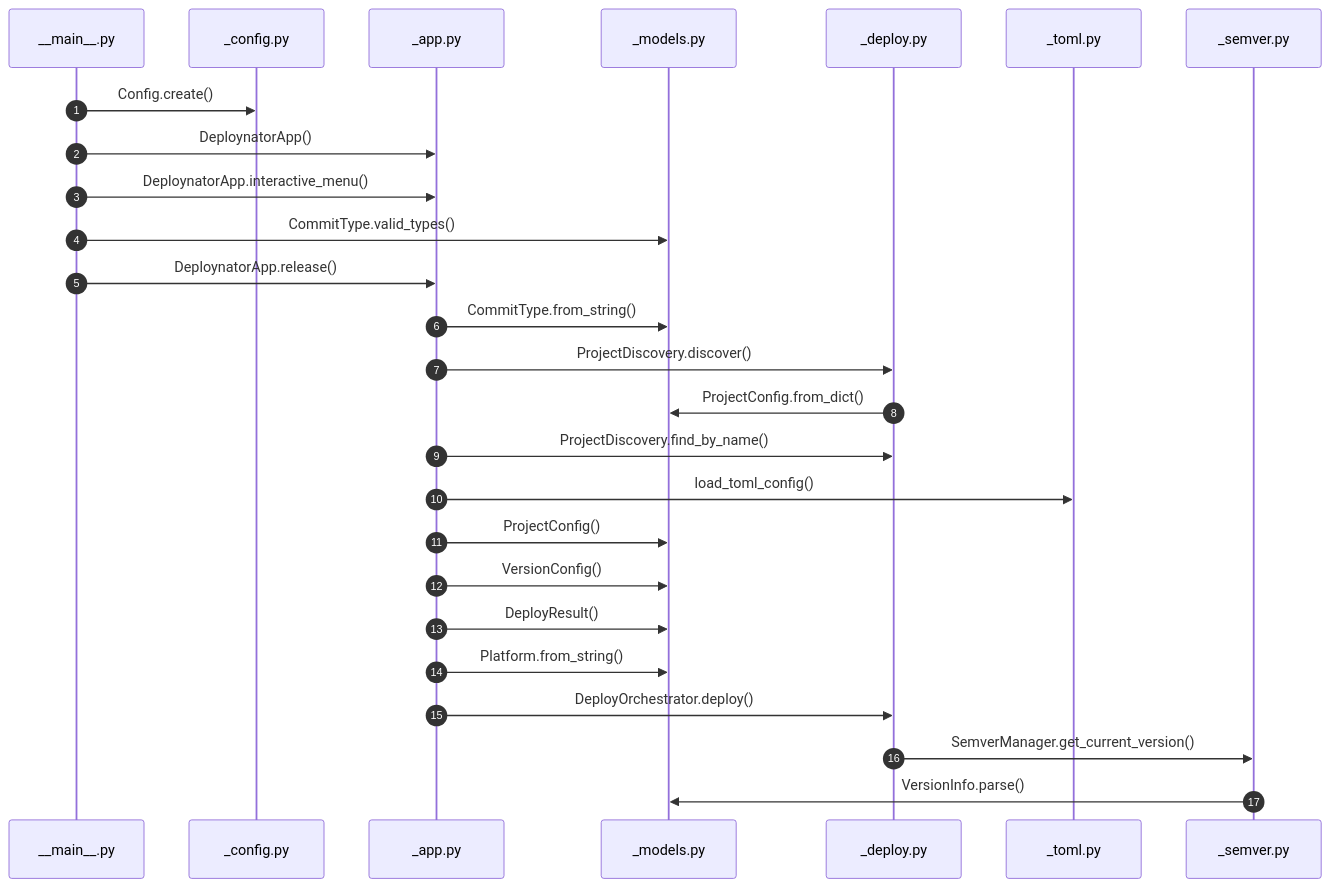
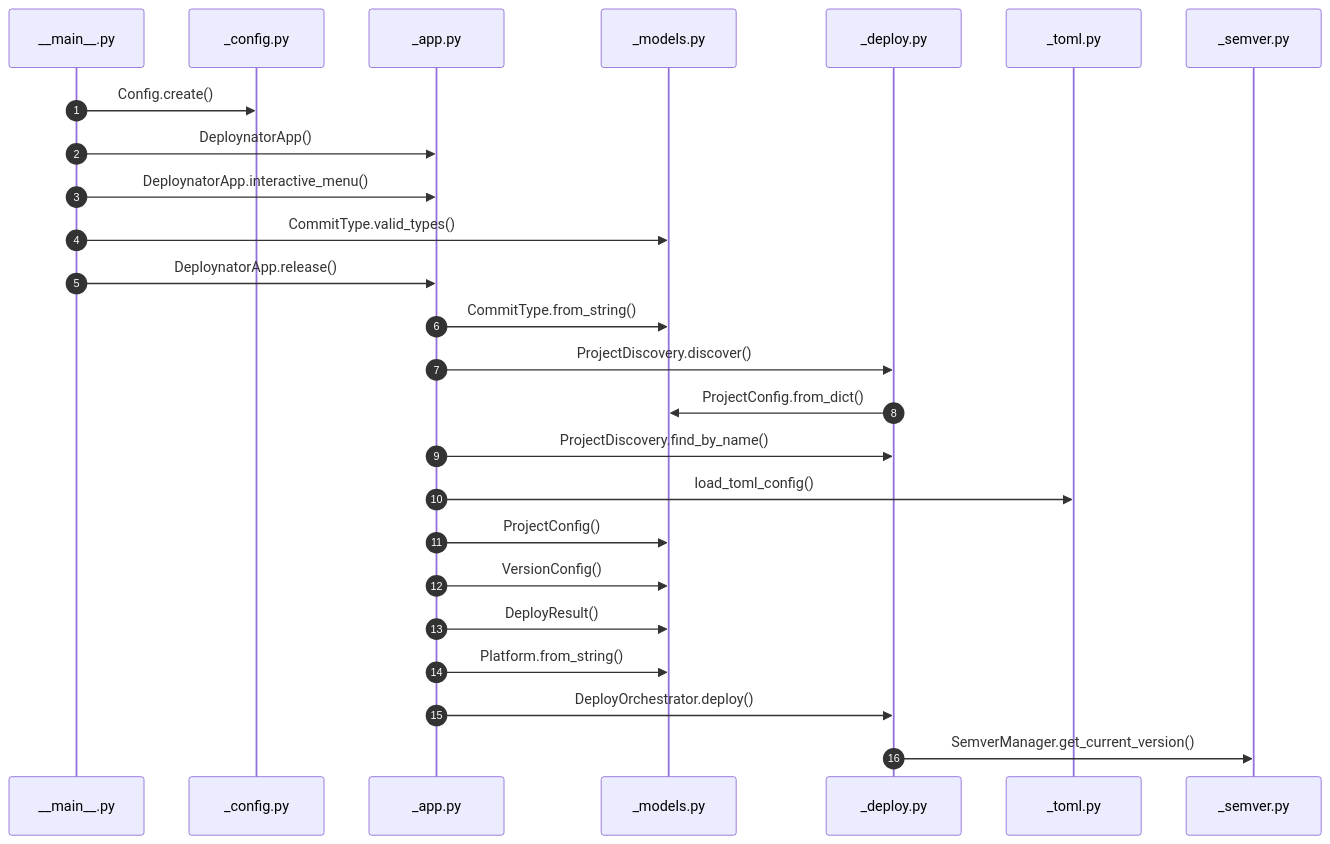
Before and after one commit to grisuno/deploynator: the seventh of 9 diagrams in readmenator-apidocs/architecture.md, drawn with Mermaid. The commit also changed other lines of this file and 86 other files, not shown here.

````diff
--- a/readmenator-apidocs/architecture.md
+++ b/readmenator-apidocs/architecture.md
@@ -398,28 +398,27 @@
 ```mermaid
 sequenceDiagram
     autonumber
     participant p_deploynator___main___py as __main__.py
     participant p_deploynator__config_py as _config.py
     participant p_deploynator__app_py as _app.py
     participant p_deploynator__models_py as _models.py
     participant p_deploynator__deploy_py as _deploy.py
     participant p_deploynator__toml_py as _toml.py
     participant p_deploynator__semver_py as _semver.py
     p_deploynator___main___py->>p_deploynator__config_py: Config.create()
     p_deploynator___main___py->>p_deploynator__app_py: DeploynatorApp()
     p_deploynator___main___py->>p_deploynator__app_py: DeploynatorApp.interactive_menu()
     p_deploynator___main___py->>p_deploynator__models_py: CommitType.valid_types()
     p_deploynator___main___py->>p_deploynator__app_py: DeploynatorApp.release()
     p_deploynator__app_py->>p_deploynator__models_py: CommitType.from_string()
     p_deploynator__app_py->>p_deploynator__deploy_py: ProjectDiscovery.discover()
     p_deploynator__deploy_py->>p_deploynator__models_py: ProjectConfig.from_dict()
     p_deploynator__app_py->>p_deploynator__deploy_py: ProjectDiscovery.find_by_name()
     p_deploynator__app_py->>p_deploynator__toml_py: load_toml_config()
     p_deploynator__app_py->>p_deploynator__models_py: ProjectConfig()
     p_deploynator__app_py->>p_deploynator__models_py: VersionConfig()
     p_deploynator__app_py->>p_deploynator__models_py: DeployResult()
     p_deploynator__app_py->>p_deploynator__models_py: Platform.from_string()
     p_deploynator__app_py->>p_deploynator__deploy_py: DeployOrchestrator.deploy()
     p_deploynator__deploy_py->>p_deploynator__semver_py: SemverManager.get_current_version()
-    p_deploynator__semver_py->>p_deploynator__models_py: VersionInfo.parse()
 ```
````
